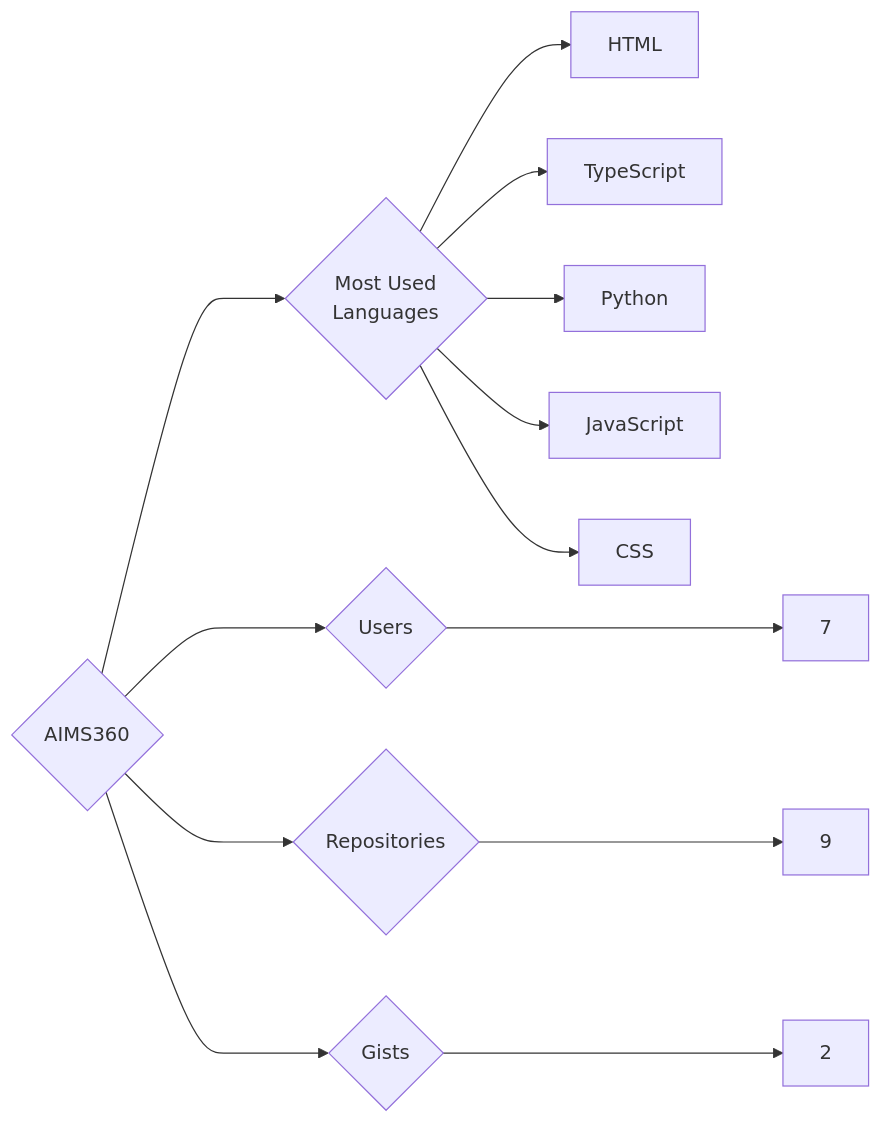
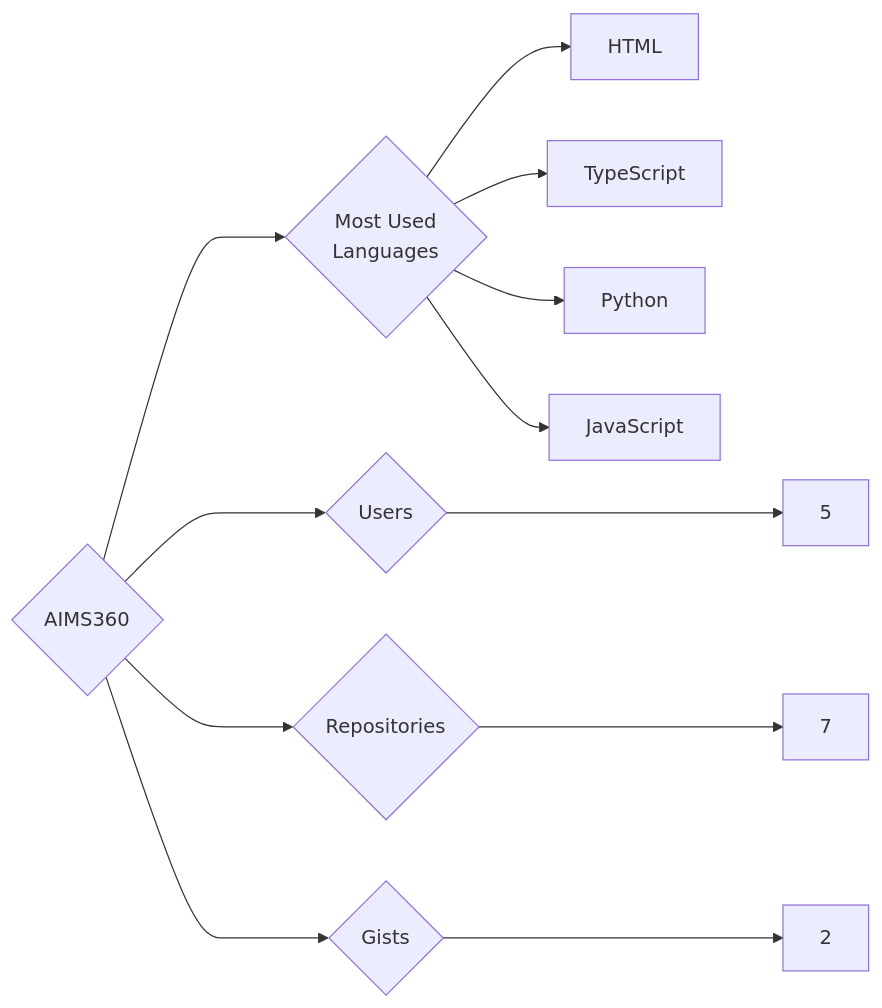
The diagram in targets/AIMS360/README.md (trickest/insiders), drawn with Mermaid before and after one commit. The commit also changed 997 other files, not shown here.

````diff
--- a/targets/AIMS360/README.md
+++ b/targets/AIMS360/README.md
@@ -3,13 +3,12 @@
 ```mermaid
 graph LR
 COMPANY_NAME{AIMS360}
-COMPANY_NAME ---> U{Users} ---> UN[7]
-COMPANY_NAME ---> R{Repositories} ---> RN[9]
+COMPANY_NAME ---> U{Users} ---> UN[5]
+COMPANY_NAME ---> R{Repositories} ---> RN[7]
 COMPANY_NAME ---> G{Gists} ---> GN[2]
 COMPANY_NAME ---> ML{Most Used<br>Languages}
 ML --> HTML[HTML]
 ML --> TypeScript[TypeScript]
 ML --> Python[Python]
 ML --> JavaScript[JavaScript]
-ML --> CSS[CSS]
 ```
````
